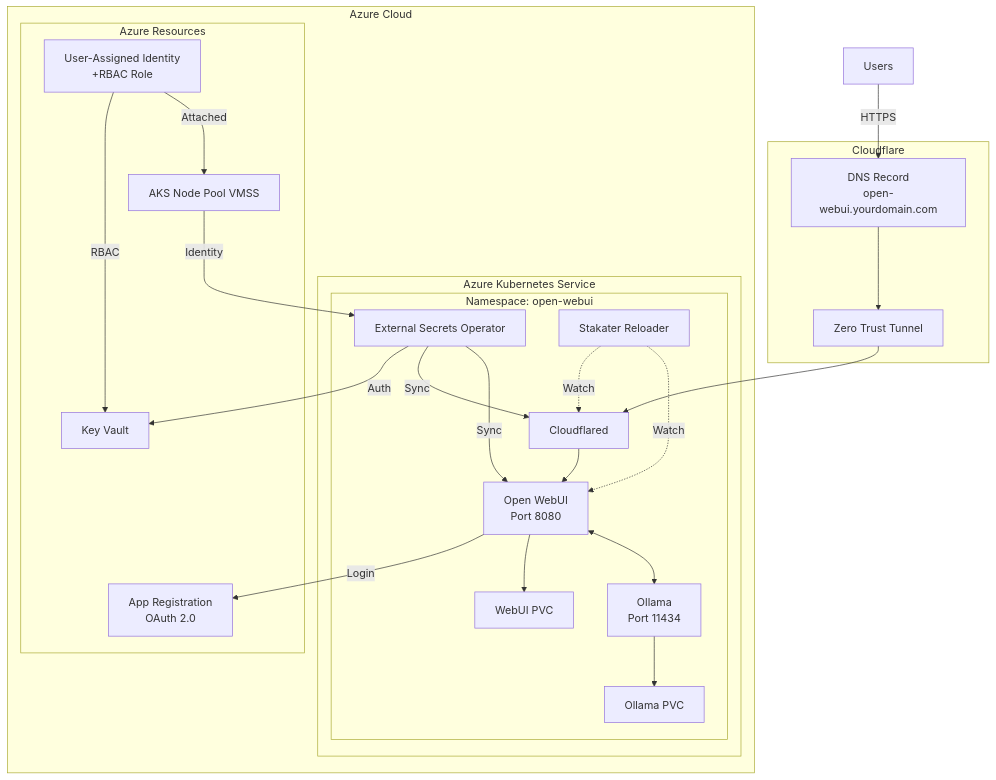
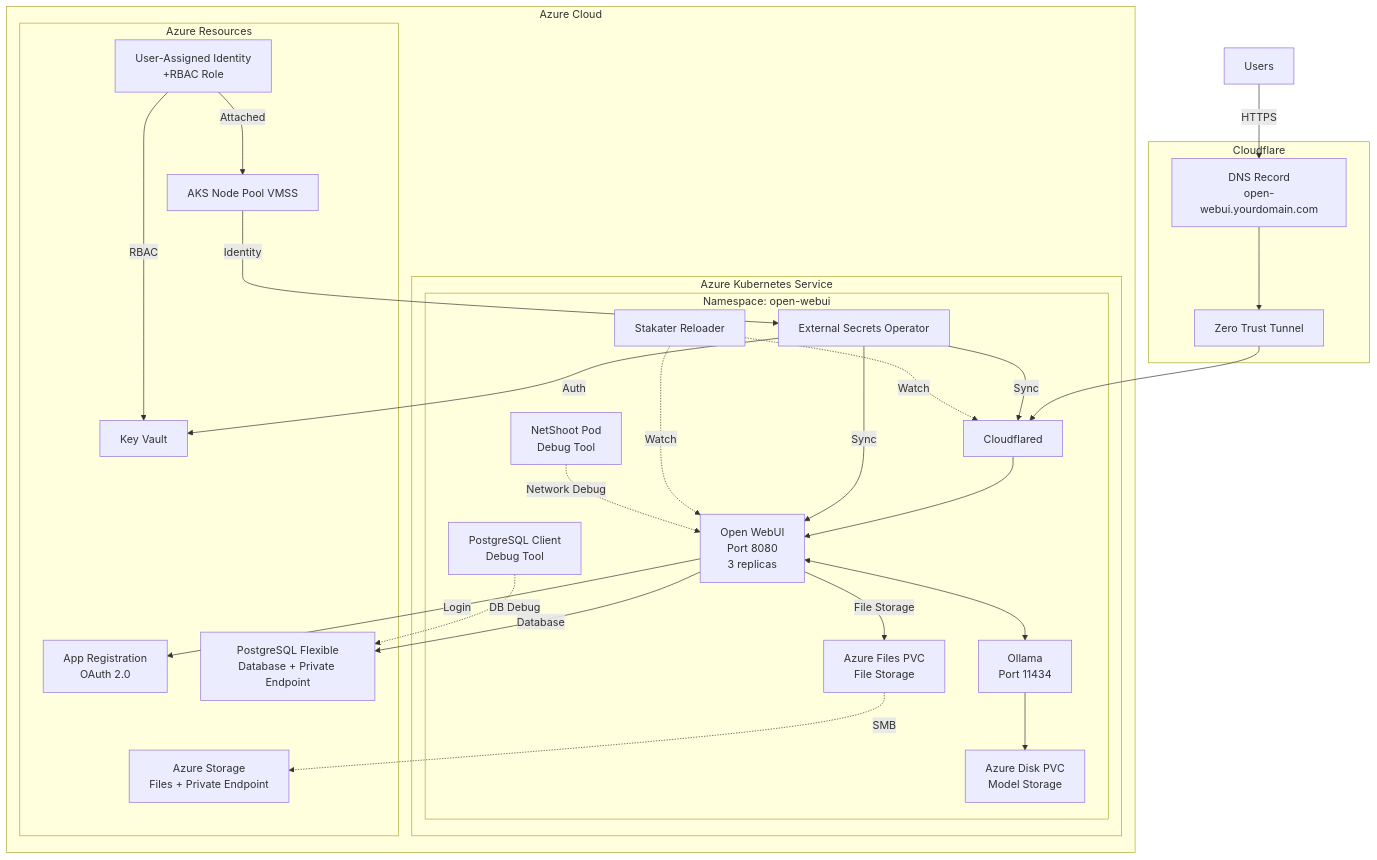
The diagram in README.md (dbgalz11/open-webui-aks-deployment), drawn with Mermaid before and after one commit. The commit also changed other lines of this file and 23 other files, not shown here.

````diff
--- a/README.md
+++ b/README.md
@@ -33,45 +33,53 @@
 ```mermaid
 graph TB
     subgraph Cloudflare["Cloudflare"]
         DNS[DNS Record<br/>open-webui.yourdomain.com]
         Tunnel[Zero Trust Tunnel]
     end
     
     subgraph Azure["Azure Cloud"]
         subgraph AKS["Azure Kubernetes Service"]
             subgraph NS["Namespace: open-webui"]
-                WebUI[Open WebUI<br/>Port 8080]
+                WebUI[Open WebUI<br/>Port 8080<br/>3 replicas]
                 Ollama[Ollama<br/>Port 11434]
-                WebUIPVC[WebUI PVC]
-                OllamaPVC[Ollama PVC]
+                WebUIPVC[Azure Files PVC<br/>File Storage]
+                OllamaPVC[Azure Disk PVC<br/>Model Storage]
                 ESO[External Secrets Operator]
                 Reloader[Stakater Reloader]
                 CFTunnel[Cloudflared]
+                NetShoot[NetShoot Pod<br/>Debug Tool]
+                PSQLClient[PostgreSQL Client<br/>Debug Tool]
             end
         end
         
         subgraph AzureResources["Azure Resources"]
             KV[Key Vault]
             UAI[User-Assigned Identity<br/>+RBAC Role]
             AppReg[App Registration<br/>OAuth 2.0]
             VMSS[AKS Node Pool VMSS]
+            Storage[Azure Storage<br/>Files + Private Endpoint]
+            PostgreSQL[PostgreSQL Flexible<br/>Database + Private Endpoint]
         end
     end
     
     Users[Users] -->|HTTPS| DNS
     DNS --> Tunnel
     Tunnel --> CFTunnel
     CFTunnel --> WebUI
     WebUI <--> Ollama
-    WebUI --> WebUIPVC
+    WebUI -->|File Storage| WebUIPVC
+    WebUI -->|Database| PostgreSQL
     Ollama --> OllamaPVC
+    WebUIPVC -.->|SMB| Storage
     ESO -->|Sync| WebUI
     ESO -->|Sync| CFTunnel
     Reloader -.->|Watch| WebUI
     Reloader -.->|Watch| CFTunnel
     UAI -->|Attached| VMSS
     VMSS -->|Identity| ESO
     ESO -->|Auth| KV
     UAI -->|RBAC| KV
     WebUI -->|Login| AppReg
+    NetShoot -.->|Network Debug| WebUI
+    PSQLClient -.->|DB Debug| PostgreSQL
 ```
````
